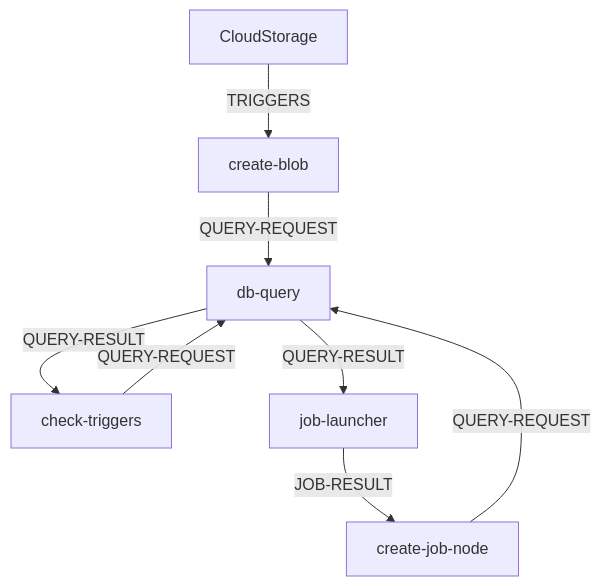
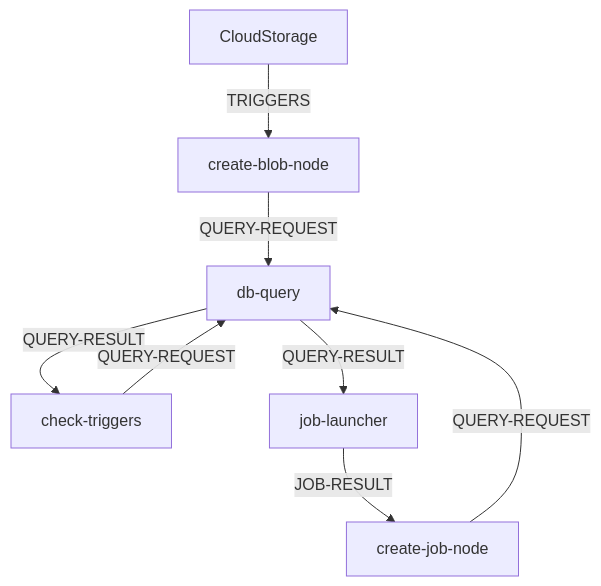
Before and after one commit to StanfordBioinformatics/trellis-docs: the first of 4 diagrams in v1-3-design-doc.md, drawn with Mermaid. The commit also changed other lines of this file, not shown here.

Commit message:
Add node label ontology

````diff
--- a/v1-3-design-doc.md
+++ b/v1-3-design-doc.md
@@ -15,10 +15,10 @@
 ```{mermaid}
     graph TD
-        gcs[CloudStorage] -- TRIGGERS --> create-blob
-        create-blob -- QUERY-REQUEST --> db-query
+        gcs[CloudStorage] -- TRIGGERS --> create-blob-node
+        create-blob-node -- QUERY-REQUEST --> db-query
         db-query -- QUERY-RESULT --> check-triggers
         check-triggers -- QUERY-REQUEST --> db-query
         db-query -- QUERY-RESULT --> job-launcher
         job-launcher -- JOB-RESULT --> create-job-node
         create-job-node -- QUERY-REQUEST --> db-query
 ```
````
